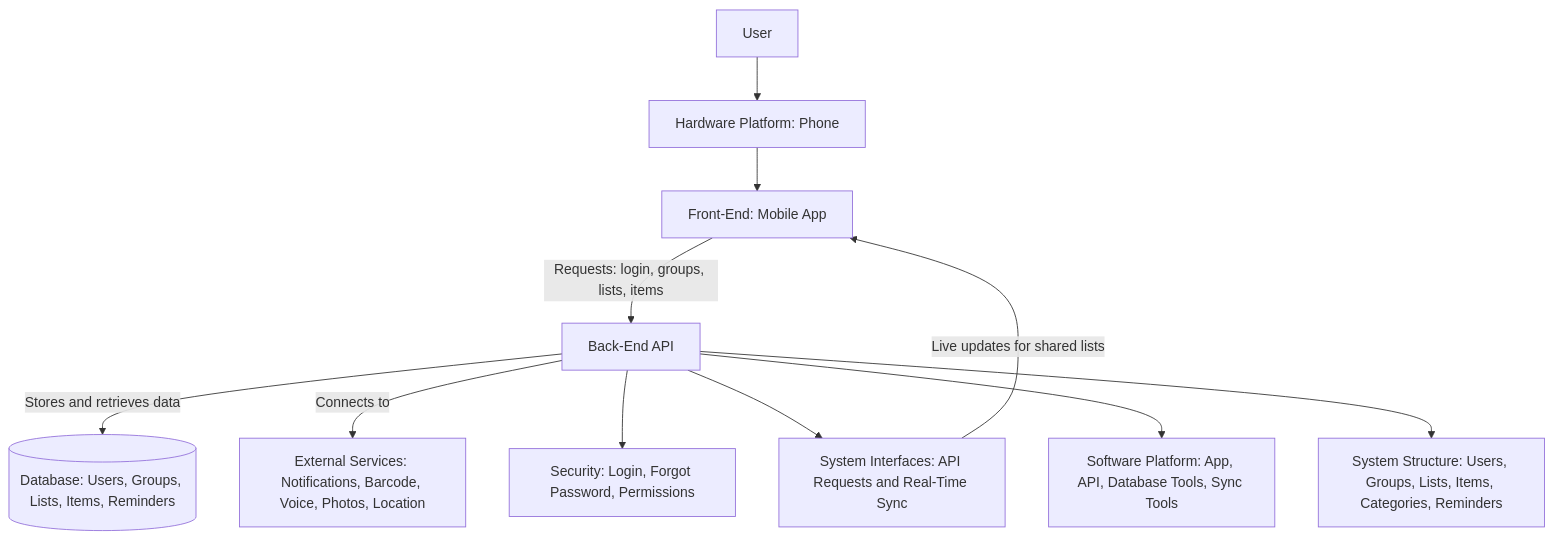
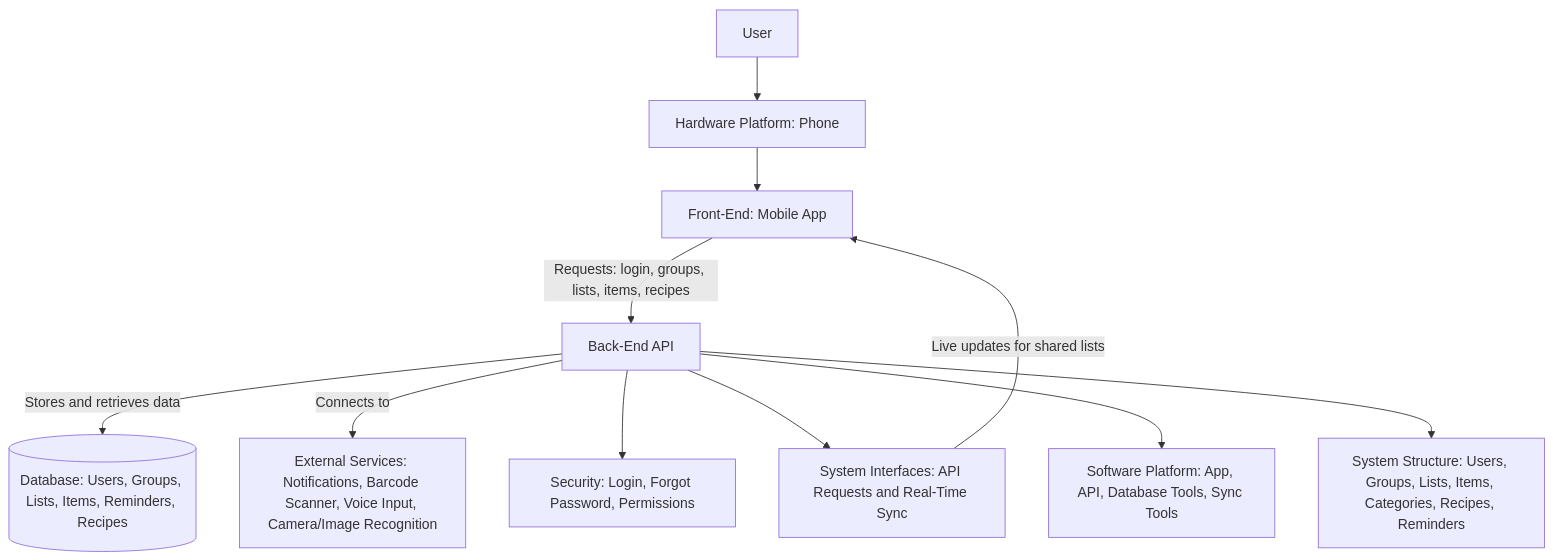
One commit to MIS-hero/Thalaja-team changed the diagram in Documentation/systemArchi.md. Above: the diagram before and after it, drawn with Mermaid.

````diff
--- a/Documentation/systemArchi.md
+++ b/Documentation/systemArchi.md
@@ -1,22 +1,22 @@
-``` mermaid
+```mermaid
 flowchart TB
     User["User"] --> Device["Hardware Platform: Phone "]
 
-    Device --> Frontend["Front-End: Mobile App"]
+    Device --> Frontend["Front-End: Mobile App "]
 
-    Frontend -->|"Requests: login, groups, lists, items"| Backend["Back-End API"]
+    Frontend -->|"Requests: login, groups, lists, items, recipes"| Backend["Back-End API"]
 
-    Backend -->|"Stores and retrieves data"| Database[("Database: Users, Groups, Lists, Items, Reminders")]
+    Backend -->|"Stores and retrieves data"| Database[("Database: Users, Groups, Lists, Items, Reminders, Recipes")]
 
-    Backend -->|"Connects to"| External["External Services: Notifications, Barcode, Voice, Photos, Location"]
+    Backend -->|"Connects to"| External["External Services: Notifications, Barcode Scanner, Voice Input, Camera/Image Recognition"]
 
     Backend --> Security["Security: Login, Forgot Password, Permissions"]
 
     Backend --> Interfaces["System Interfaces: API Requests and Real-Time Sync"]
 
     Backend --> Software["Software Platform: App, API, Database Tools, Sync Tools"]
 
-    Backend --> Structure["System Structure: Users, Groups, Lists, Items, Categories, Reminders"]
+    Backend --> Structure["System Structure: Users, Groups, Lists, Items, Categories, Recipes, Reminders"]
 
     Interfaces -->|"Live updates for shared lists"| Frontend
 ```
````
